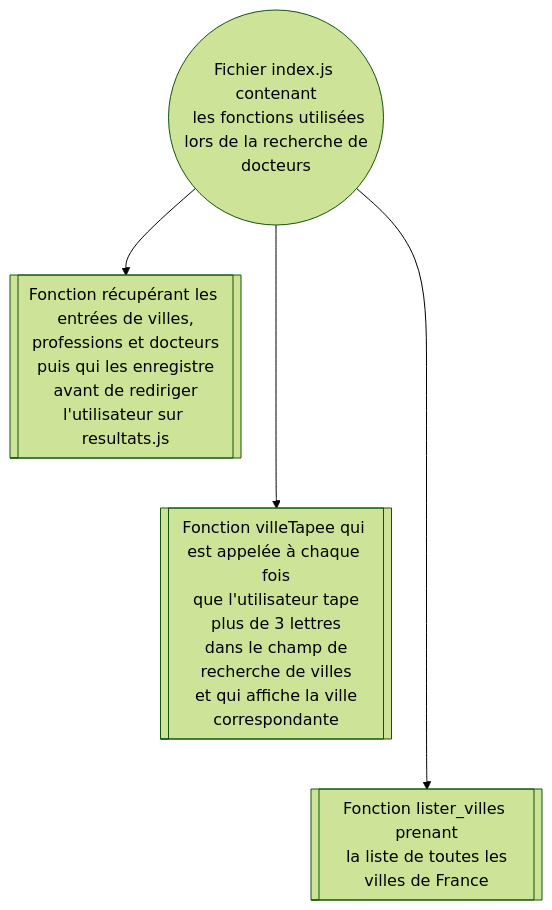
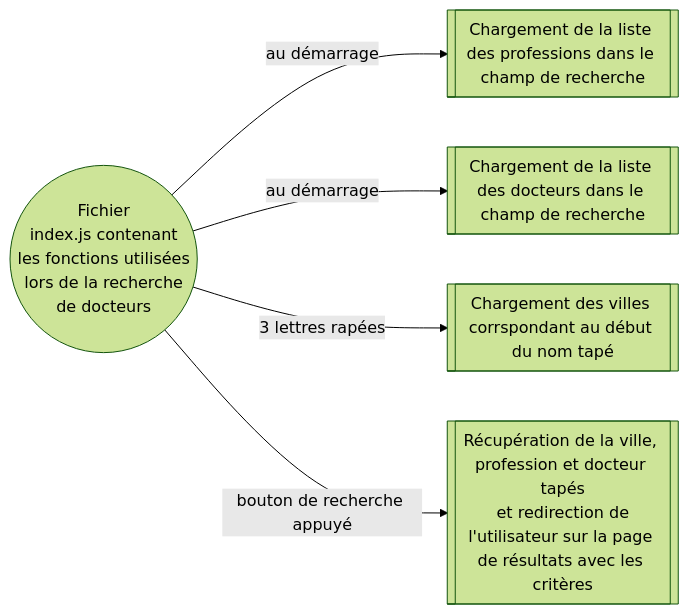
Before and after one commit to Alexis-LF/projet-site-securise: the eighth of 10 diagrams in FRONT_END/README.md, drawn with Mermaid (forest theme).

Commit message:
màj schéma de index.js contenant les fonctions utilisées lors de la recherche de docteurs

````diff
--- a/FRONT_END/README.md
+++ b/FRONT_END/README.md
@@ -252,14 +252,18 @@
 ```mermaid
 
-flowchart TD;
+flowchart LR;
     
     %% racine
     
-    idajax((Fichier index.js contenant\n les fonctions utilisées\n lors de la recherche de docteurs))
+    idajax((Fichier\nindex.js contenant\n les fonctions utilisées\n lors de la recherche\nde docteurs))
 
-    idajax---->idlistvilles[[Fonction lister_villes prenant\n la liste de toutes les villes de France]]
+    idajax--au démarrage-->idlisteProfeessions[[Chargement de la liste des professions dans le champ de recherche]]
 
-    idajax--->idvilletapee[[Fonction villeTapee qui est appelée à chaque fois\n que l'utilisateur tape plus de 3 lettres\n dans le champ de recherche de villes\n et qui affiche la ville correspondante]]
+    idajax--au démarrage-->idlisteDocteurs[[Chargement de la liste des docteurs dans le champ de recherche]]
 
-    idajax-->idrecherche[[Fonction récupérant les entrées de villes,\n professions et docteurs puis qui les enregistre\n avant de rediriger l'utilisateur sur resultats.js]]
+    idajax--3 lettres rapées-->idlistvilles[[Chargement des villes corrspondant au début du nom tapé]]
+
+    idajax--bouton de recherche appuyé-->idrecherche[[Récupération de la ville, profession et docteur tapés\n et redirection de l'utilisateur sur la page de résultats avec les critères]]
+
+
 ```
````
